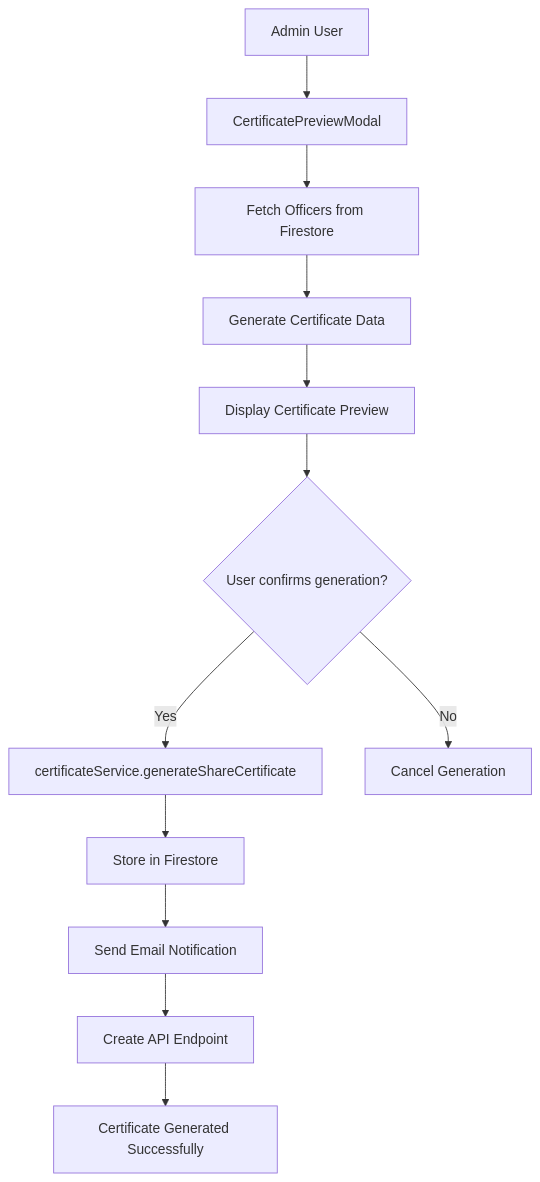
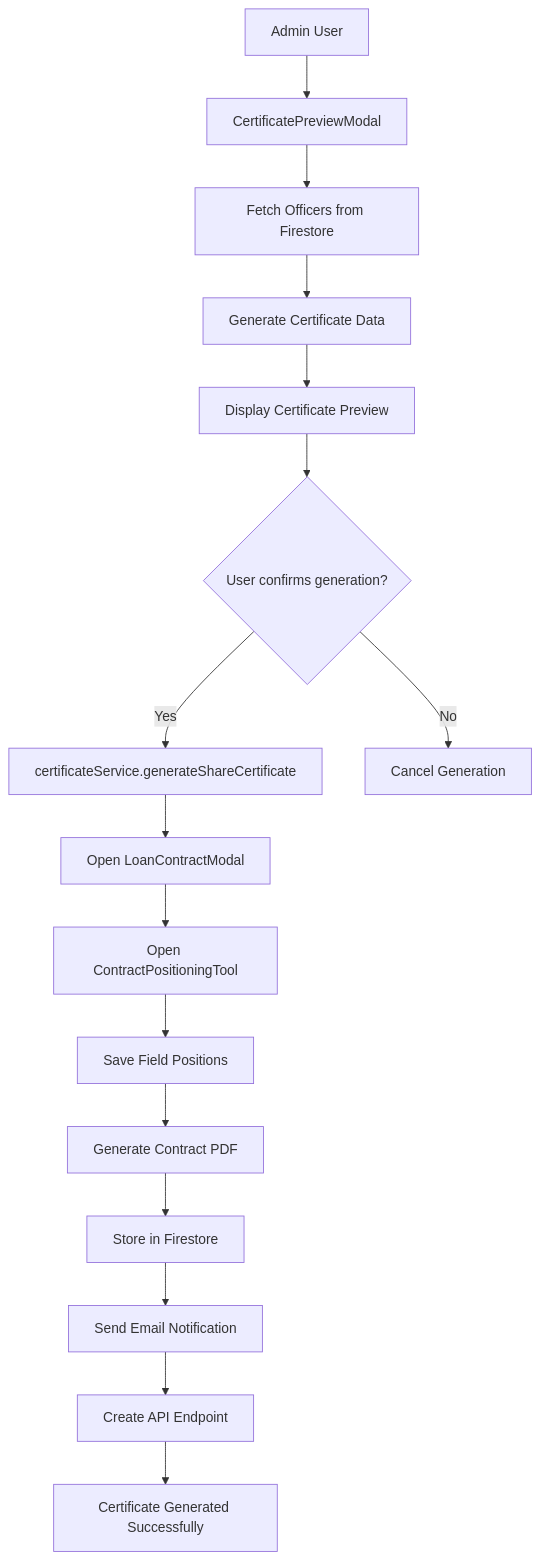
The fifth of 6 diagrams in .qoder/repowiki/en/content/UI Components & Design System/Administrative Components.md (Unsure-bry/sampacoop_system), drawn with Mermaid before and after one commit. The commit also changed other lines of this file and 9 other files, not shown here.

````diff
--- a/.qoder/repowiki/en/content/UI Components & Design System/Administrative Components.md
+++ b/.qoder/repowiki/en/content/UI Components & Design System/Administrative Components.md
@@ -419,14 +474,18 @@
 ```mermaid
 flowchart TD
 User["Admin User"] --> CertificateModal["CertificatePreviewModal"]
 CertificateModal --> OfficerFetch["Fetch Officers from Firestore"]
 OfficerFetch --> CertificateData["Generate Certificate Data"]
 CertificateData --> Preview["Display Certificate Preview"]
 Preview --> UserConfirm{"User confirms generation?"}
 UserConfirm --> |Yes| CertificateService["certificateService.generateShareCertificate"]
-CertificateService --> FirestoreStore["Store in Firestore"]
+CertificateService --> ContractModal["Open LoanContractModal"]
+ContractModal --> PositioningTool["Open ContractPositioningTool"]
+PositioningTool --> SavePositions["Save Field Positions"]
+SavePositions --> GeneratePDF["Generate Contract PDF"]
+GeneratePDF --> FirestoreStore["Store in Firestore"]
 FirestoreStore --> EmailNotify["Send Email Notification"]
 EmailNotify --> APICreate["Create API Endpoint"]
 APICreate --> UserSuccess["Certificate Generated Successfully"]
 UserConfirm --> |No| Cancel["Cancel Generation"]
 ```
````
